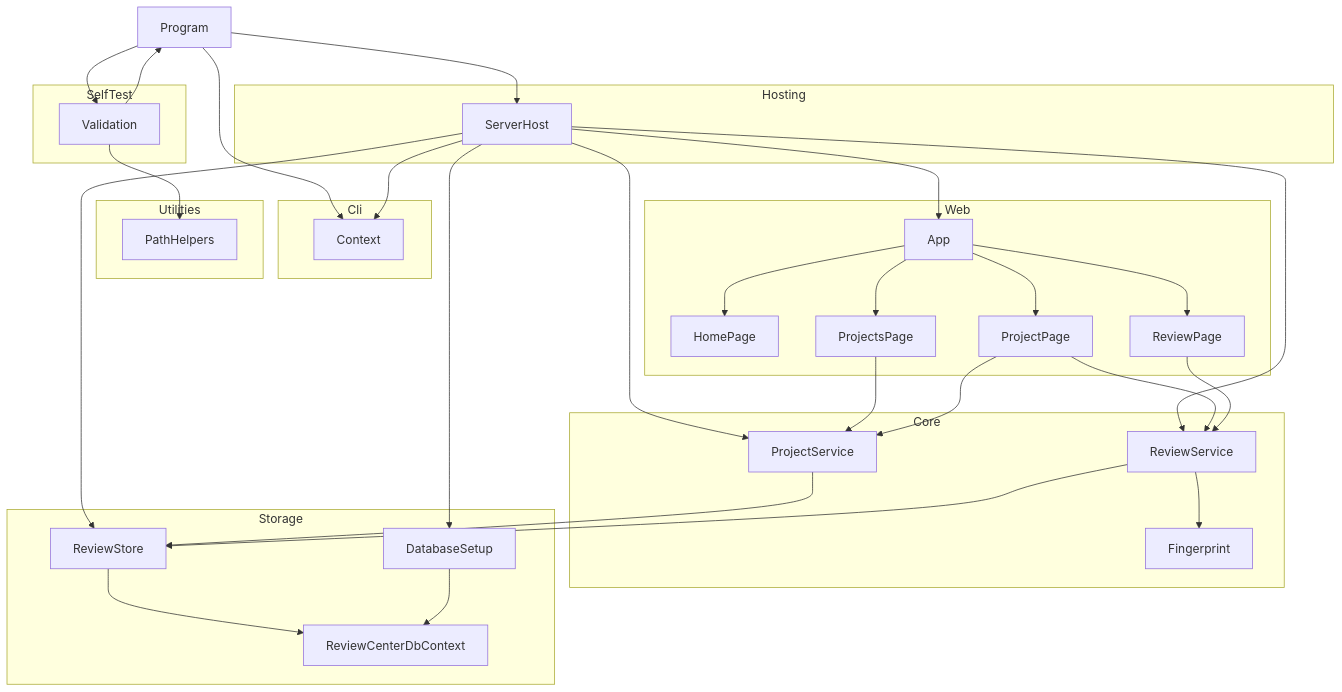
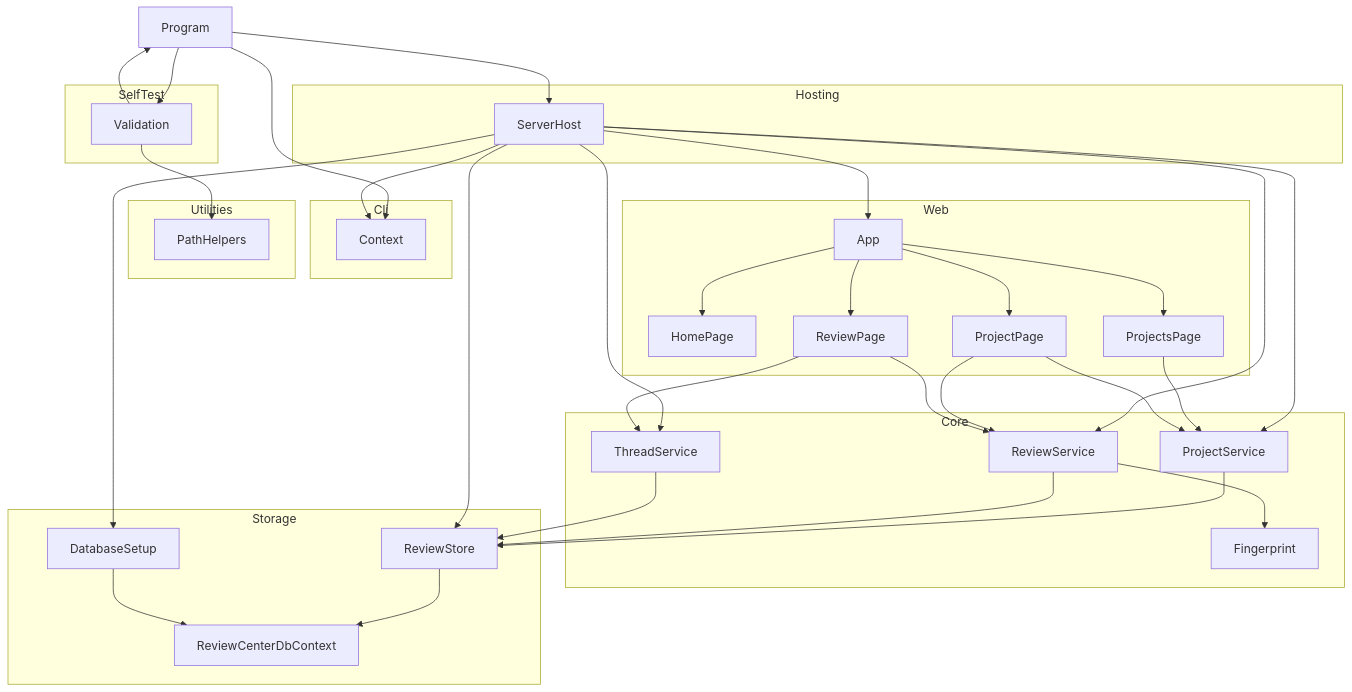
The diagram in docs/design/review-center.md (demaconsulting/ReviewCenter), drawn with Mermaid before and after one commit. The commit also changed other lines of this file and 65 other files, not shown here.

````diff
--- a/docs/design/review-center.md
+++ b/docs/design/review-center.md
@@ -11,57 +11,61 @@
 ```mermaid
 flowchart TD
     Program
     subgraph Cli
         Context
     end
     subgraph SelfTest
         Validation
     end
     subgraph Utilities
         PathHelpers
     end
     subgraph Hosting
         ServerHost
     end
     subgraph Web
         App
         HomePage
         ProjectsPage
         ProjectPage
         ReviewPage
     end
     subgraph Core
         Fingerprint
         ProjectService
         ReviewService
+        ThreadService
     end
     subgraph Storage
         ReviewCenterDbContext
         ReviewStore
         DatabaseSetup
     end
     Program --> Context
     Program --> Validation
     Program --> ServerHost
     Validation --> Program
     Validation --> PathHelpers
     ServerHost --> Context
     ServerHost --> App
     ServerHost --> DatabaseSetup
     ServerHost --> ReviewStore
     ServerHost --> ProjectService
     ServerHost --> ReviewService
+    ServerHost --> ThreadService
     App --> HomePage
     App --> ProjectsPage
     App --> ProjectPage
     App --> ReviewPage
     ProjectsPage --> ProjectService
     ProjectPage --> ProjectService
     ProjectPage --> ReviewService
     ReviewPage --> ReviewService
+    ReviewPage --> ThreadService
     ReviewService --> Fingerprint
     ProjectService --> ReviewStore
     ReviewService --> ReviewStore
+    ThreadService --> ReviewStore
     ReviewStore --> ReviewCenterDbContext
     DatabaseSetup --> ReviewCenterDbContext
 ```
````
